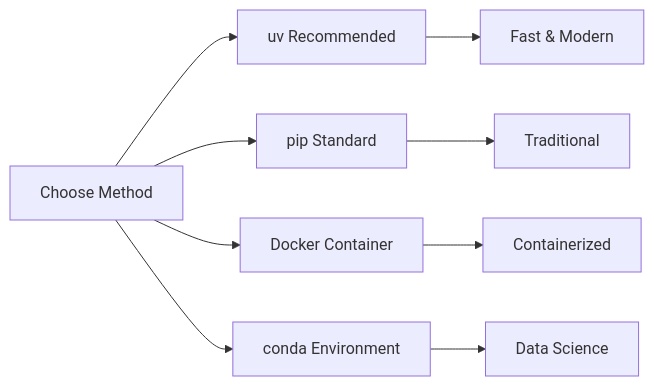
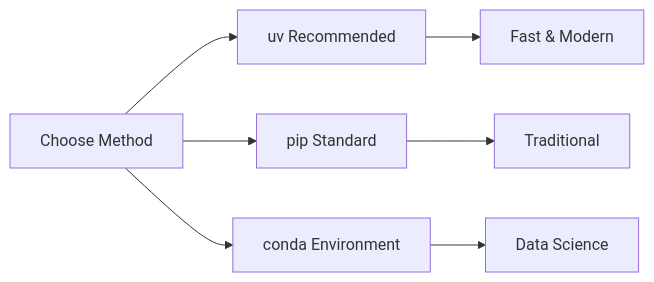
The sixth of 11 diagrams in README.md (ch0t4nk/PDFtoMD), drawn with Mermaid before and after one commit. The commit also changed other lines of this file and 9 other files, not shown here.

````diff
--- a/README.md
+++ b/README.md
@@ -142,12 +142,10 @@
 ```mermaid
 graph LR
  A[Choose Method] --> B[uv Recommended]
  A --> C[pip Standard]
- A --> D[Docker Container]
- A --> E[conda Environment]
+ A --> D[conda Environment]
 
- B --> F[Fast & Modern]
- C --> G[Traditional]
- D --> H[Containerized]
- E --> I[Data Science]
+ B --> E[Fast & Modern]
+ C --> F[Traditional]
+ D --> G[Data Science]
 ```
````
